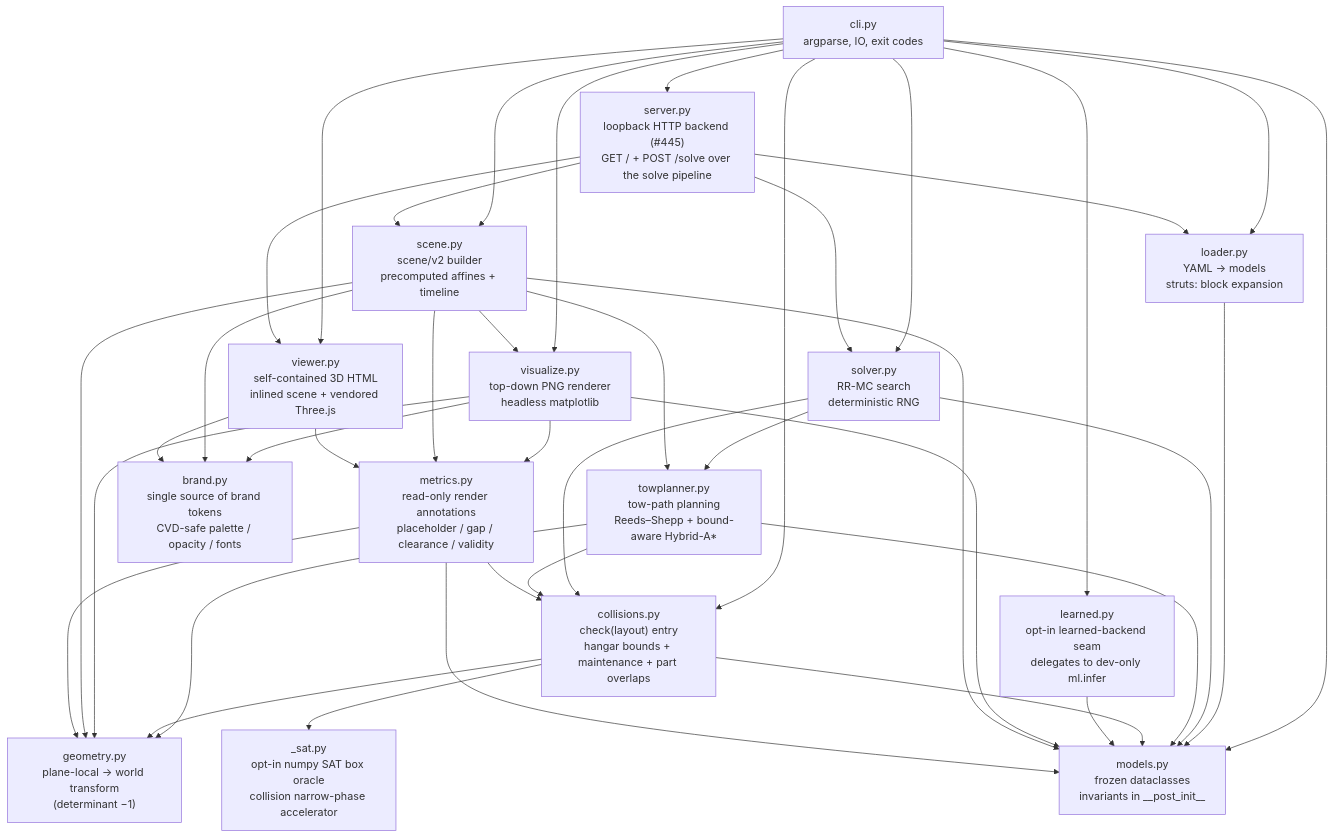
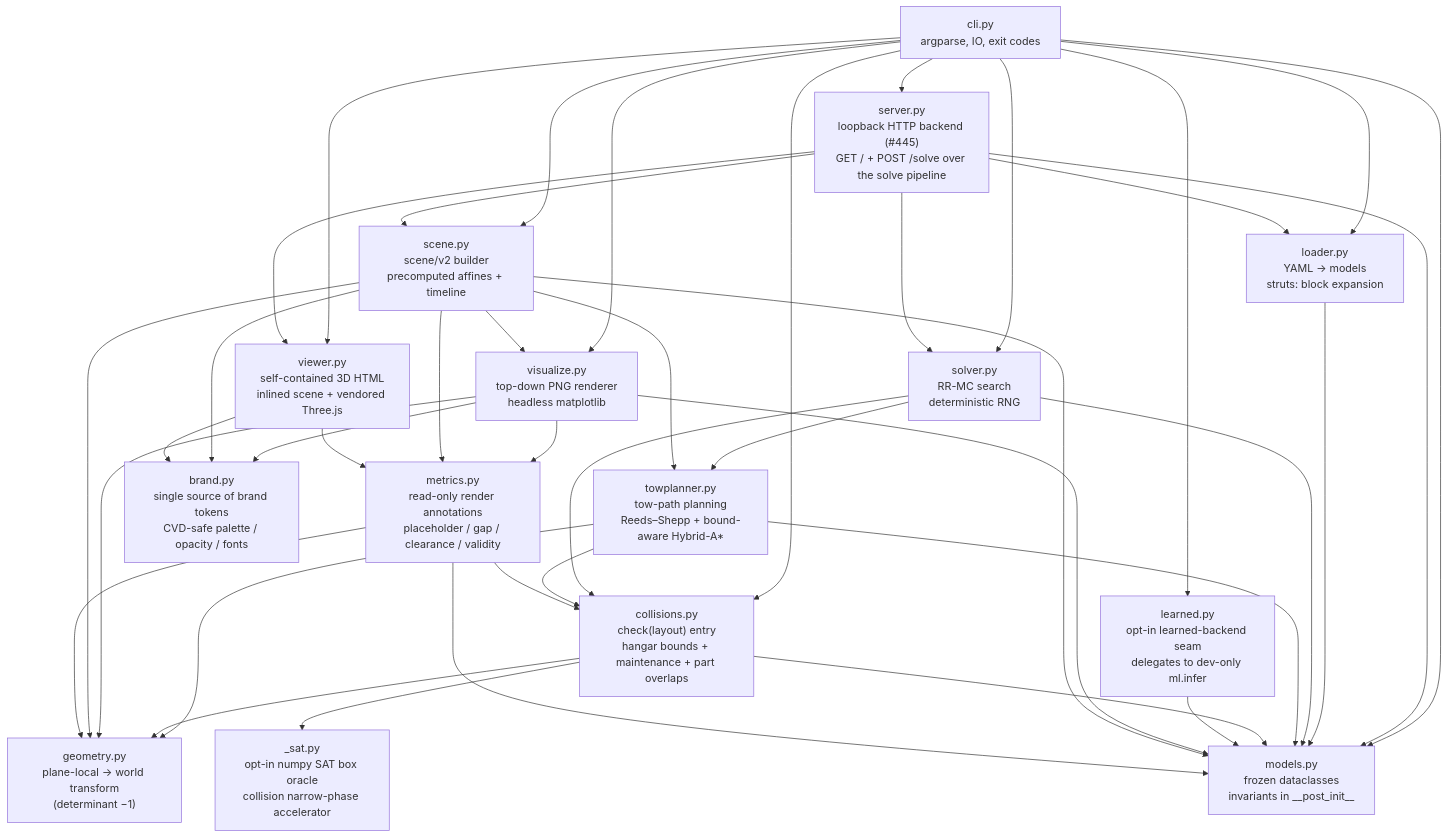
The first of 2 diagrams in docs/architecture/05-building-block-view.md (DocGerd/hangarfit), drawn with Mermaid before and after one commit. The commit also changed other lines of this file and 9 other files, not shown here.

````diff
--- a/docs/architecture/05-building-block-view.md
+++ b/docs/architecture/05-building-block-view.md
@@ -9,69 +9,70 @@
 ```mermaid
 flowchart TD
     cli["cli.py<br/>argparse, IO, exit codes"]
     loader["loader.py<br/>YAML → models<br/>struts: block expansion"]
     models["models.py<br/>frozen dataclasses<br/>invariants in __post_init__"]
     geometry["geometry.py<br/>plane-local → world transform<br/>(determinant −1)"]
     collisions["collisions.py<br/>check(layout) entry<br/>hangar bounds + maintenance + part overlaps"]
     solver["solver.py<br/>RR-MC search<br/>deterministic RNG"]
     towplanner["towplanner.py<br/>tow-path planning<br/>Reeds–Shepp + bound-aware Hybrid-A*"]
     visualize["visualize.py<br/>top-down PNG renderer<br/>headless matplotlib"]
     scene["scene.py<br/>scene/v2 builder<br/>precomputed affines + timeline"]
     viewer["viewer.py<br/>self-contained 3D HTML<br/>inlined scene + vendored Three.js"]
     server["server.py<br/>loopback HTTP backend (#445)<br/>GET / + POST /solve over the solve pipeline"]
     metrics["metrics.py<br/>read-only render annotations<br/>placeholder / gap / clearance / validity"]
     brand["brand.py<br/>single source of brand tokens<br/>CVD-safe palette / opacity / fonts"]
     sat["_sat.py<br/>opt-in numpy SAT box oracle<br/>collision narrow-phase accelerator"]
     learned["learned.py<br/>opt-in learned-backend seam<br/>delegates to dev-only ml.infer"]
 
     cli --> loader
     cli --> collisions
     cli --> solver
     cli --> visualize
     cli --> scene
     cli --> viewer
     cli --> models
     cli --> learned
     cli --> server
 
     server --> loader
     server --> solver
     server --> scene
     server --> viewer
+    server --> models
 
     loader --> models
 
     solver --> collisions
     solver --> models
     solver --> towplanner
 
     towplanner --> collisions
     towplanner --> geometry
     towplanner --> models
 
     collisions --> geometry
     collisions --> models
     collisions --> sat
 
     learned --> models
 
     visualize --> geometry
     visualize --> models
 
     scene --> geometry
     scene --> towplanner
     scene --> visualize
     scene --> models
 
     metrics --> collisions
     metrics --> geometry
     metrics --> models
 
     visualize --> metrics
     scene --> metrics
     viewer --> metrics
 
     visualize --> brand
     scene --> brand
     viewer --> brand
 ```
````
